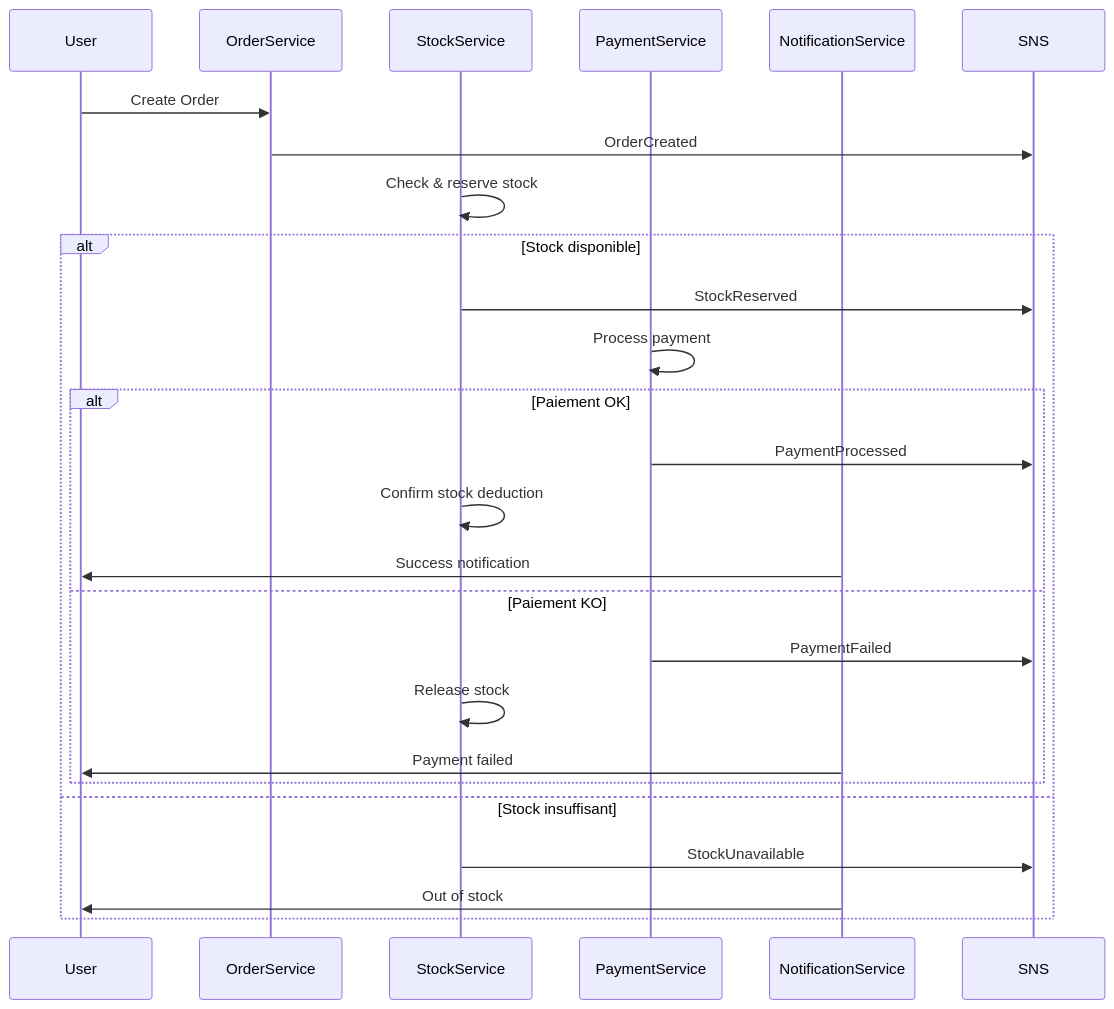
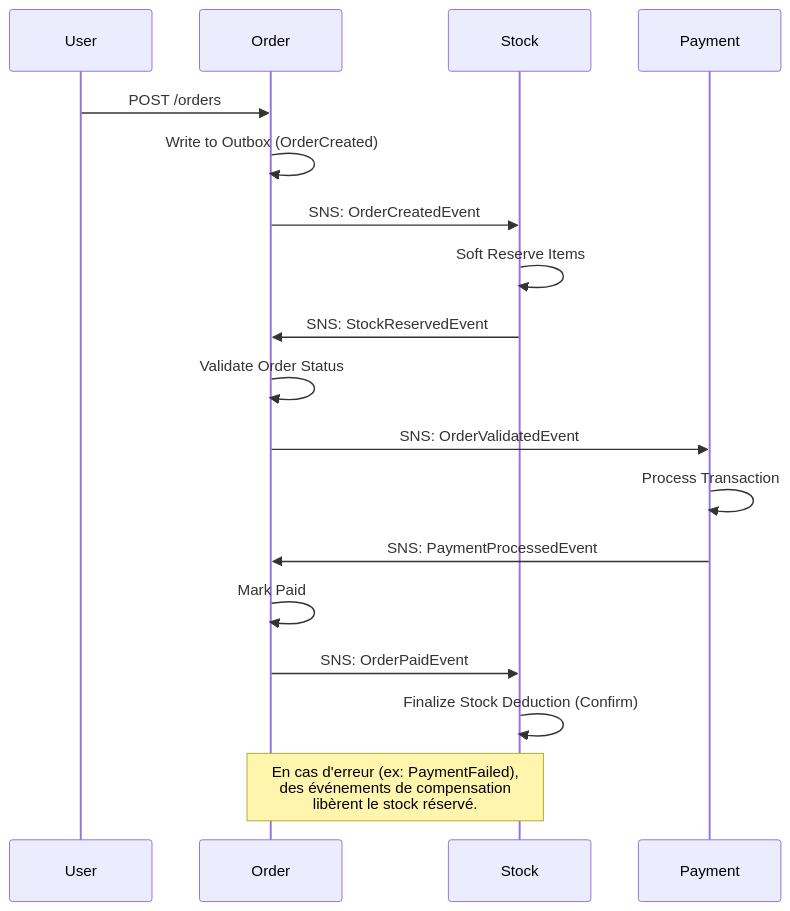
Before and after one commit to fevanno92/e-commerce-event-driven-demo: the second of 2 diagrams in README.md, drawn with Mermaid. The commit also changed other lines of this file, not shown here.

````diff
--- a/README.md
+++ b/README.md
@@ -64,32 +73,27 @@
 ```mermaid
 sequenceDiagram
-participant User
-participant OrderService
-participant StockService
-participant PaymentService
-participant NotificationService
+    participant User
+    participant Order
+    participant Stock
+    participant Payment
 
-User->>OrderService: Create Order
-OrderService->>SNS: OrderCreated
+    User->>Order: POST /orders
+    Order->>Order: Write to Outbox (OrderCreated)
+    Order->>Stock: SNS: OrderCreatedEvent
 
-StockService->>StockService: Check & reserve stock
+    Stock->>Stock: Soft Reserve Items
+    Stock->>Order: SNS: StockReservedEvent
 
-alt Stock disponible
-    StockService->>SNS: StockReserved
-    PaymentService->>PaymentService: Process payment
+    Order->>Order: Validate Order Status
+    Order->>Payment: SNS: OrderValidatedEvent
+
+    Payment->>Payment: Process Transaction
+    Payment->>Order: SNS: PaymentProcessedEvent
+
+    Order->>Order: Mark Paid
+    Order->>Stock: SNS: OrderPaidEvent
     
-    alt Paiement OK
-        PaymentService->>SNS: PaymentProcessed
-        StockService->>StockService: Confirm stock deduction
-        NotificationService->>User: Success notification
-    else Paiement KO
-        PaymentService->>SNS: PaymentFailed
-        StockService->>StockService: Release stock
-        NotificationService->>User: Payment failed
-    end
+    Stock->>Stock: Finalize Stock Deduction (Confirm)
 
-else Stock insuffisant
-    StockService->>SNS: StockUnavailable
-    NotificationService->>User: Out of stock
-end
+    Note over Order,Stock: En cas d'erreur (ex: PaymentFailed),<br/>des événements de compensation<br/>libèrent le stock réservé.
 ```
````
